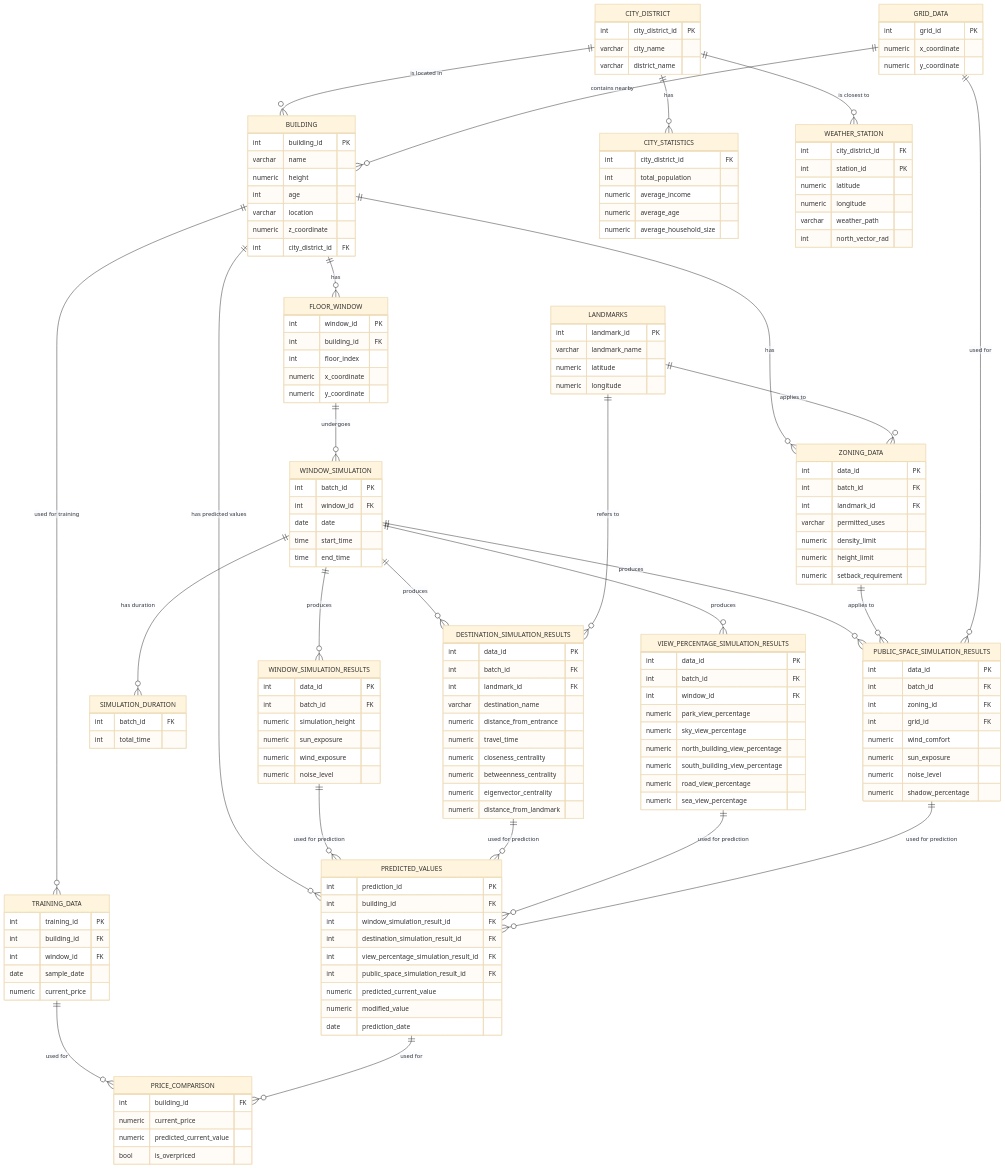
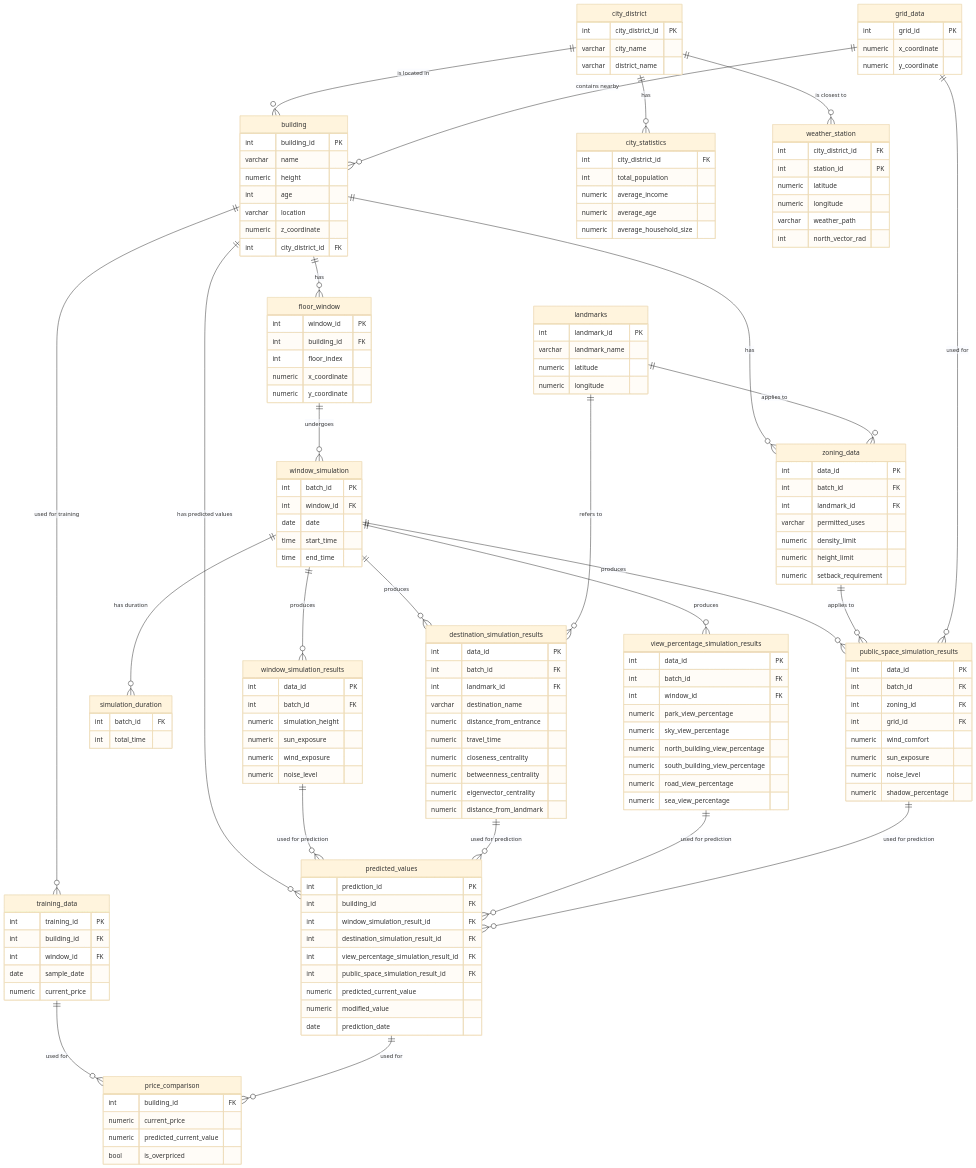
Before and after one commit to jan-casas/app-sd-facades: the second of 2 diagrams in README.md, drawn with Mermaid (base theme). The commit also changed other lines of this file and 52 other files, not shown here.

````diff
--- a/README.md
+++ b/README.md
@@ -213,52 +310,43 @@
 ```mermaid
 erDiagram
-    CITY_DISTRICT ||--o{ BUILDING: "is located in"
-    CITY_DISTRICT ||--o{ CITY_STATISTICS: "has"
-    BUILDING ||--o{ FLOOR_WINDOW: "has"
-    BUILDING ||--o{ TRAINING_DATA: "used for training"
-    BUILDING ||--o{ PREDICTED_VALUES: "has predicted values"
-    BUILDING ||--o{ ZONING_DATA: "has"
-    FLOOR_WINDOW ||--o{ WINDOW_SIMULATION: "undergoes"
-    WINDOW_SIMULATION ||--o{ WINDOW_SIMULATION_RESULTS: "produces"
-    WINDOW_SIMULATION_RESULTS ||--o{ PREDICTED_VALUES: "used for prediction"
-    WINDOW_SIMULATION ||--o{ SIMULATION_DURATION: "has duration"
-    WINDOW_SIMULATION ||--o{ DESTINATION_SIMULATION_RESULTS: "produces"
-    DESTINATION_SIMULATION_RESULTS ||--o{ PREDICTED_VALUES: "used for prediction"
-    WINDOW_SIMULATION ||--o{ VIEW_PERCENTAGE_SIMULATION_RESULTS: "produces"
-    VIEW_PERCENTAGE_SIMULATION_RESULTS ||--o{ PREDICTED_VALUES: "used for prediction"
-    WINDOW_SIMULATION ||--o{ PUBLIC_SPACE_SIMULATION_RESULTS: "produces"
-    PUBLIC_SPACE_SIMULATION_RESULTS ||--o{ PREDICTED_VALUES: "used for prediction"
-    LANDMARKS ||--o{ ZONING_DATA: "applies to"
-    LANDMARKS ||--o{ DESTINATION_SIMULATION_RESULTS: "refers to"
-    ZONING_DATA ||--o{ PUBLIC_SPACE_SIMULATION_RESULTS: "applies to"
-    GRID_DATA ||--o{ BUILDING: "contains nearby"
-    GRID_DATA ||--o{ PUBLIC_SPACE_SIMULATION_RESULTS: "used for"
-    CITY_DISTRICT ||--o{ WEATHER_STATION: "is closest to"
-    TRAINING_DATA ||--o{ PRICE_COMPARISON: "used for"
-    PREDICTED_VALUES ||--o{ PRICE_COMPARISON: "used for"
-%%BUILDING_SIMULATION_SUMMARY ||--o{ BUILDING : "based on"
-%%BUILDING_SIMULATION_SUMMARY ||--o{ WINDOW_SIMULATION_RESULTS : "based on"
+    city_district ||--o{ building: "is located in"
+    city_district ||--o{ city_statistics: "has"
+    building ||--o{ floor_window: "has"
+    building ||--o{ training_data: "used for training"
+    building ||--o{ predicted_values: "has predicted values"
+    building ||--o{ zoning_data: "has"
+    floor_window ||--o{ window_simulation: "undergoes"
+    window_simulation ||--o{ window_simulation_results: "produces"
+    window_simulation_results ||--o{ predicted_values: "used for prediction"
+    window_simulation ||--o{ simulation_duration: "has duration"
+    window_simulation ||--o{ destination_simulation_results: "produces"
+    destination_simulation_results ||--o{ predicted_values: "used for prediction"
+    window_simulation ||--o{ view_percentage_simulation_results: "produces"
+    view_percentage_simulation_results ||--o{ predicted_values: "used for prediction"
+    window_simulation ||--o{ public_space_simulation_results: "produces"
+    public_space_simulation_results ||--o{ predicted_values: "used for prediction"
+    landmarks ||--o{ zoning_data: "applies to"
+    landmarks ||--o{ destination_simulation_results: "refers to"
+    zoning_data ||--o{ public_space_simulation_results: "applies to"
+    grid_data ||--o{ building: "contains nearby"
+    grid_data ||--o{ public_space_simulation_results: "used for"
+    city_district ||--o{ weather_station: "is closest to"
+    training_data ||--o{ price_comparison: "used for"
+    predicted_values ||--o{ price_comparison: "used for"
 
-%%LANDMARK_PROXIMITY ||--o{ BUILDING : "based on"
-%%LANDMARK_PROXIMITY ||--o{ LANDMARKS : "based on"
-%%LANDMARK_PROXIMITY ||--o{ DESTINATION_SIMULATION_RESULTS : "based on"
-
-%%PREDICTED_VALUES_SUMMARY ||--o{ BUILDING : "based on"
-%%PREDICTED_VALUES_SUMMARY ||--o{ PREDICTED_VALUES : "based on"
-
-    CITY_DISTRICT {
+    city_district {
         int city_district_id PK
         varchar city_name
         varchar district_name
     }
-    CITY_STATISTICS {
+    city_statistics {
         int city_district_id FK
         int total_population
         numeric average_income
         numeric average_age
         numeric average_household_size
     }
-    WEATHER_STATION {
+    weather_station {
         int city_district_id FK
         int station_id PK
         numeric latitude
@@ -266,7 +354,7 @@
         varchar weather_path
         int north_vector_rad
     }
-    BUILDING {
+    building {
         int building_id PK
         varchar name
         numeric height
@@ -276,7 +364,7 @@
         int city_district_id FK
     }
 
-    FLOOR_WINDOW {
+    floor_window {
         int window_id PK
         int building_id FK
         int floor_index
@@ -284,7 +372,7 @@
         numeric y_coordinate
     }
 
-    WINDOW_SIMULATION {
+    window_simulation {
         int batch_id PK
         int window_id FK
         date date
@@ -292,7 +380,7 @@
         time end_time
     }
 
-    WINDOW_SIMULATION_RESULTS {
+    window_simulation_results {
         int data_id PK
         int batch_id FK
         numeric simulation_height
@@ -301,12 +389,12 @@
         numeric noise_level
     }
 
-    SIMULATION_DURATION {
+    simulation_duration {
         int batch_id FK
         int total_time
     }
 
-    ZONING_DATA {
+    zoning_data {
         int data_id PK
         int batch_id FK
         int landmark_id FK
@@ -316,7 +404,7 @@
         numeric setback_requirement
     }
 
-    DESTINATION_SIMULATION_RESULTS {
+    destination_simulation_results {
         int data_id PK
         int batch_id FK
         int landmark_id FK
@@ -329,14 +417,14 @@
         numeric distance_from_landmark
     }
 
-    LANDMARKS {
+    landmarks {
         int landmark_id PK
         varchar landmark_name
         numeric latitude
         numeric longitude
     }
 
-    VIEW_PERCENTAGE_SIMULATION_RESULTS {
+    view_percentage_simulation_results {
         int data_id PK
         int batch_id FK
         int window_id FK
@@ -348,7 +436,7 @@
         numeric sea_view_percentage
     }
 
-    PUBLIC_SPACE_SIMULATION_RESULTS {
+    public_space_simulation_results {
         int data_id PK
         int batch_id FK
         int zoning_id FK
@@ -359,13 +447,13 @@
         numeric shadow_percentage
     }
 
-    GRID_DATA {
+    grid_data {
         int grid_id PK
         numeric x_coordinate
         numeric y_coordinate
     }
 
-    TRAINING_DATA {
+    training_data {
         int training_id PK
         int building_id FK
         int window_id FK
@@ -373,7 +461,7 @@
         numeric current_price
     }
 
-    PREDICTED_VALUES {
+    predicted_values {
         int prediction_id PK
         int building_id FK
         int window_simulation_result_id FK
@@ -384,7 +472,7 @@
         numeric modified_value
         date prediction_date
     }
-    PRICE_COMPARISON {
+    price_comparison {
         int building_id FK
         numeric current_price
         numeric predicted_current_value
````
